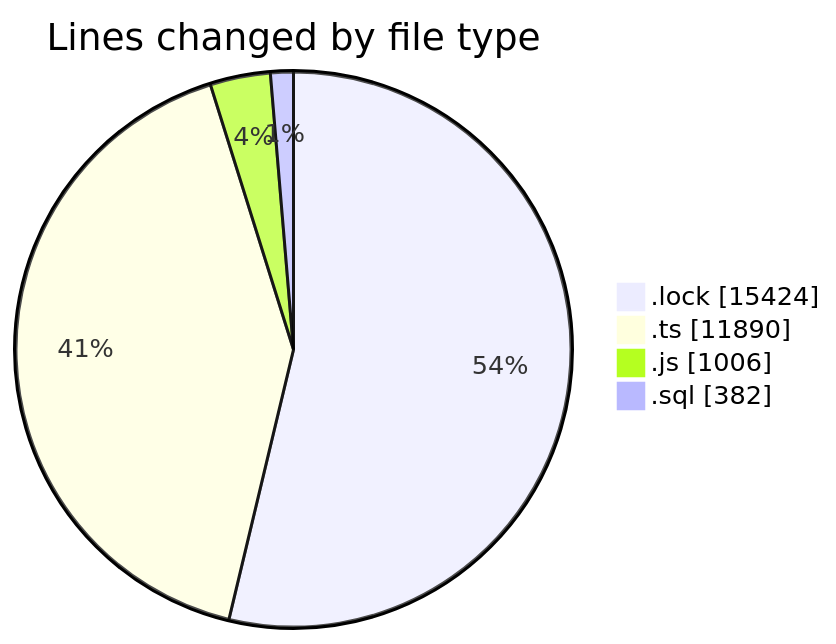
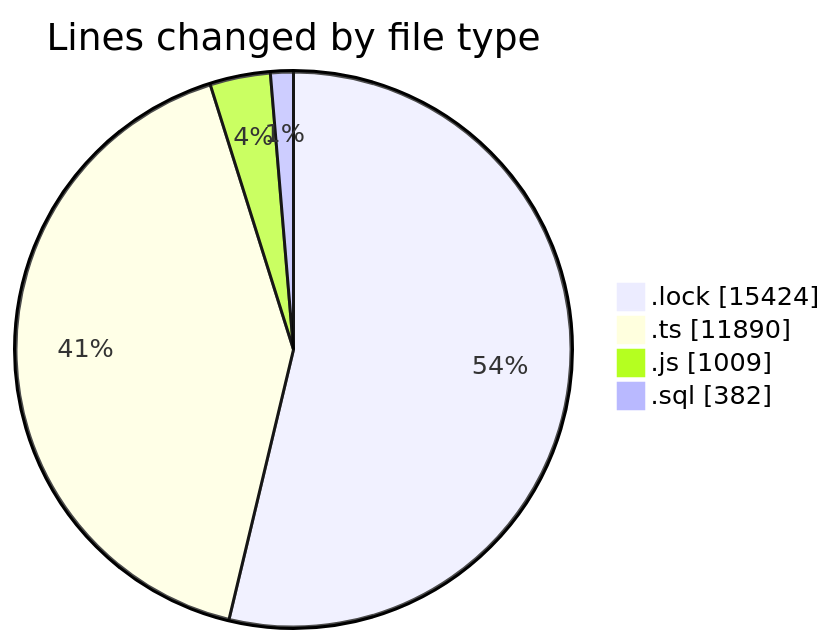
The first of 2 diagrams in 2025-05-22/cda/README.md (momahboobian/code-tracking), drawn with Mermaid before and after one commit. The commit also changed other lines of this file and 1 other file, not shown here.

````diff
--- a/2025-05-22/cda/README.md
+++ b/2025-05-22/cda/README.md
@@ -29,8 +29,8 @@
 ```mermaid
 pie showData
 title Lines changed by file type
 ".lock" : 15424
 ".ts" : 11890
-".js" : 1006
+".js" : 1009
 ".sql" : 382
 ```
````
